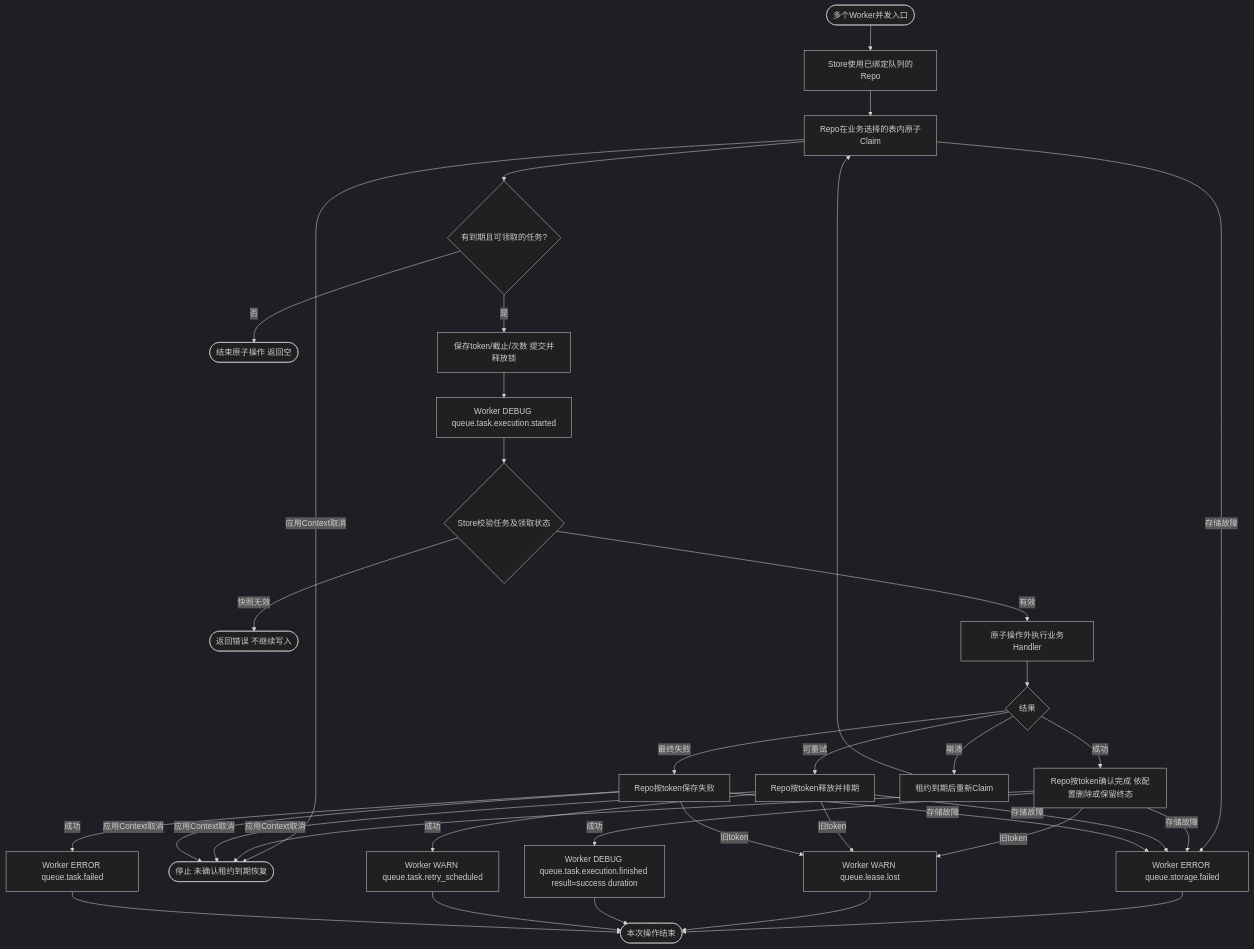
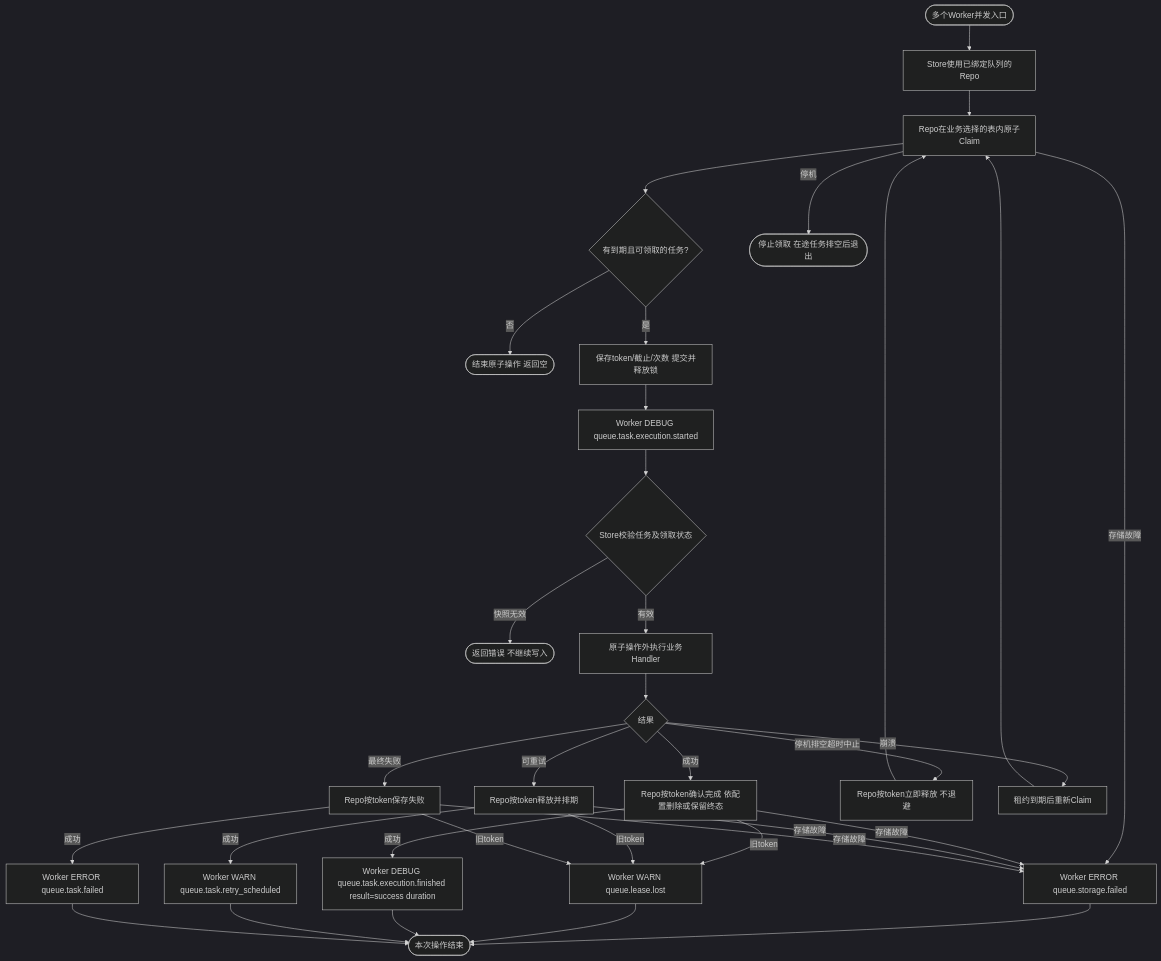
One commit to jaggerzhuang1994/kratos-foundation changed the second of 2 diagrams in contrib/queue/database/README.md. Above: the diagram before and after it, drawn with Mermaid (dark theme). The commit also changed 4 other files, not shown here.

````diff
--- a/contrib/queue/database/README.md
+++ b/contrib/queue/database/README.md
@@ -136,25 +136,27 @@
 ```mermaid
 flowchart TD
     A([多个Worker并发入口]) --> B[Store使用已绑定队列的Repo]
     B --> C[Repo在业务选择的表内原子Claim]
     C --> D{有到期且可领取的任务?}
     D -- 否 --> E([结束原子操作 返回空])
     D -- 是 --> F[保存token/截止/次数 提交并释放锁]
     F --> FS[Worker DEBUG queue.task.execution.started]
     FS --> G{Store校验任务及领取状态}
     G -- 快照无效 --> H([返回错误 不继续写入])
     G -- 有效 --> J[原子操作外执行业务Handler]
     J --> K{结果}
     K -- 成功 --> L[Repo按token确认完成 依配置删除或保留终态]
     K -- 可重试 --> M[Repo按token释放并排期]
     K -- 最终失败 --> N[Repo按token保存失败]
+    K -- 停机排空超时中止 --> V[Repo按token立即释放 不退避]
+    V --> C
     K -- 崩溃 --> O[租约到期后重新Claim]
     O --> C
     C & L & M & N -- 存储故障 --> P[Worker ERROR queue.storage.failed]
-    C & L & M & N -- 应用Context取消 --> U([停止 未确认租约到期恢复])
+    C -- 停机 --> U([停止领取 在途任务排空后退出])
     L & M & N -- 旧token --> Q[Worker WARN queue.lease.lost]
     L -- 成功 --> R[Worker DEBUG queue.task.execution.finished result=success duration]
     M -- 成功 --> S[Worker WARN queue.task.retry_scheduled]
     N -- 成功 --> T[Worker ERROR queue.task.failed]
     P & Q & R & S & T --> Z([本次操作结束])
 ```
````
